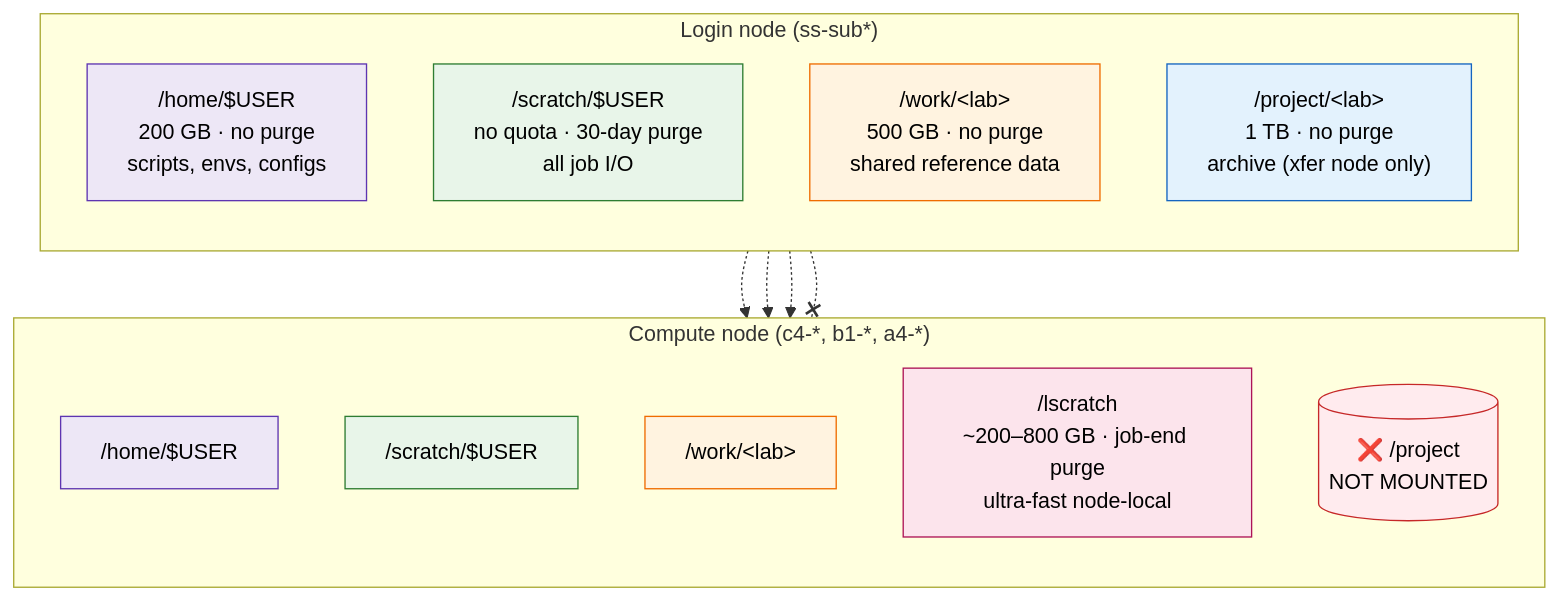
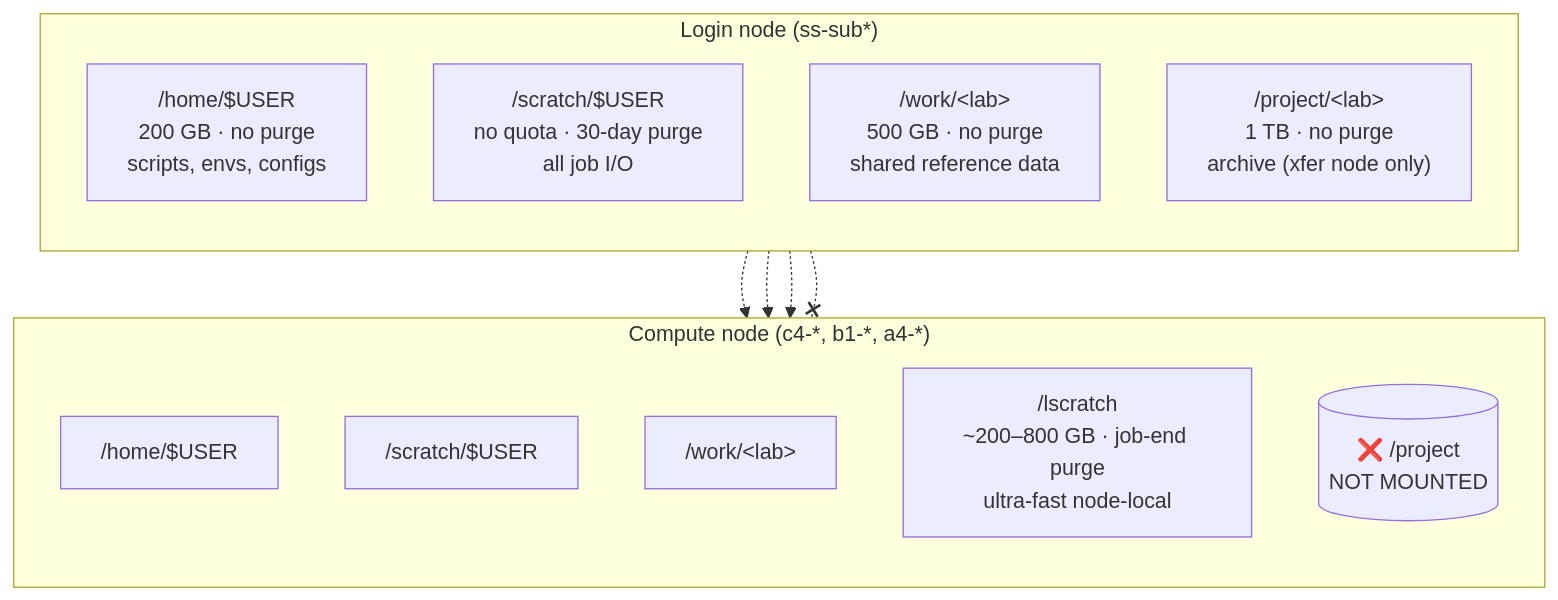
One commit to ChenHsieh/sapelo2-boilerplate changed the diagram in docs/reference/storage.md. Above: the diagram before and after it, drawn with Mermaid. The commit also changed 14 other files, not shown here.

````diff
--- a/docs/reference/storage.md
+++ b/docs/reference/storage.md
@@ -5,34 +5,24 @@
 ```mermaid
 flowchart TB
     subgraph login["Login node (ss-sub*)"]
         direction TB
         home1["/home/$USER<br/>200 GB · no purge<br/>scripts, envs, configs"]
         scratch1["/scratch/$USER<br/>no quota · 30-day purge<br/>all job I/O"]
         work1["/work/&lt;lab&gt;<br/>500 GB · no purge<br/>shared reference data"]
         project1["/project/&lt;lab&gt;<br/>1 TB · no purge<br/>archive (xfer node only)"]
     end
 
     subgraph compute["Compute node (c4-*, b1-*, a4-*)"]
         direction TB
         home2["/home/$USER"]
         scratch2["/scratch/$USER"]
         work2["/work/&lt;lab&gt;"]
         lscratch["/lscratch<br/>~200–800 GB · job-end purge<br/>ultra-fast node-local"]
         projX[("❌ /project<br/>NOT MOUNTED")]
     end
 
     home1 -.-> home2
     scratch1 -.-> scratch2
     work1 -.-> work2
     project1 -.-x projX
-
-    style home1 fill:#ede7f6,stroke:#5e35b1,color:#000
-    style home2 fill:#ede7f6,stroke:#5e35b1,color:#000
-    style scratch1 fill:#e8f5e9,stroke:#2e7d32,color:#000
-    style scratch2 fill:#e8f5e9,stroke:#2e7d32,color:#000
-    style work1 fill:#fff3e0,stroke:#ef6c00,color:#000
-    style work2 fill:#fff3e0,stroke:#ef6c00,color:#000
-    style project1 fill:#e3f2fd,stroke:#1565c0,color:#000
-    style projX fill:#ffebee,stroke:#c62828,color:#000
-    style lscratch fill:#fce4ec,stroke:#ad1457,color:#000
 ```
````
